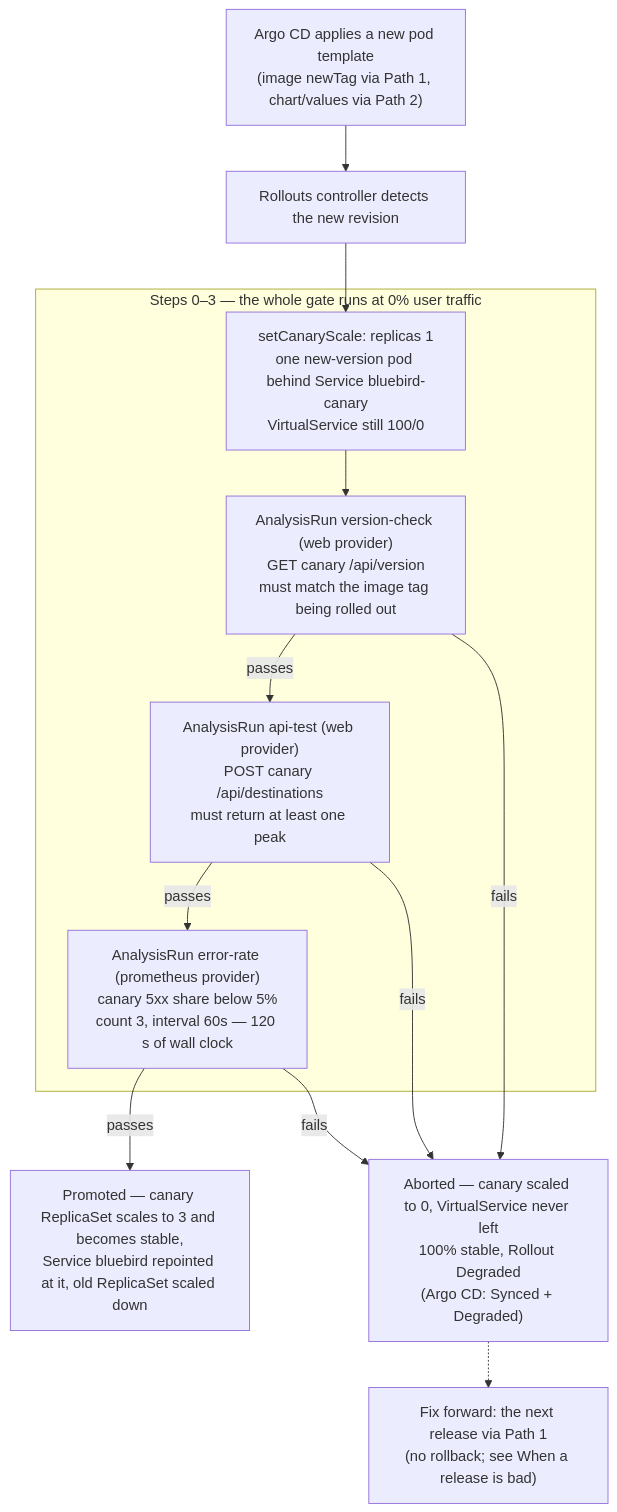
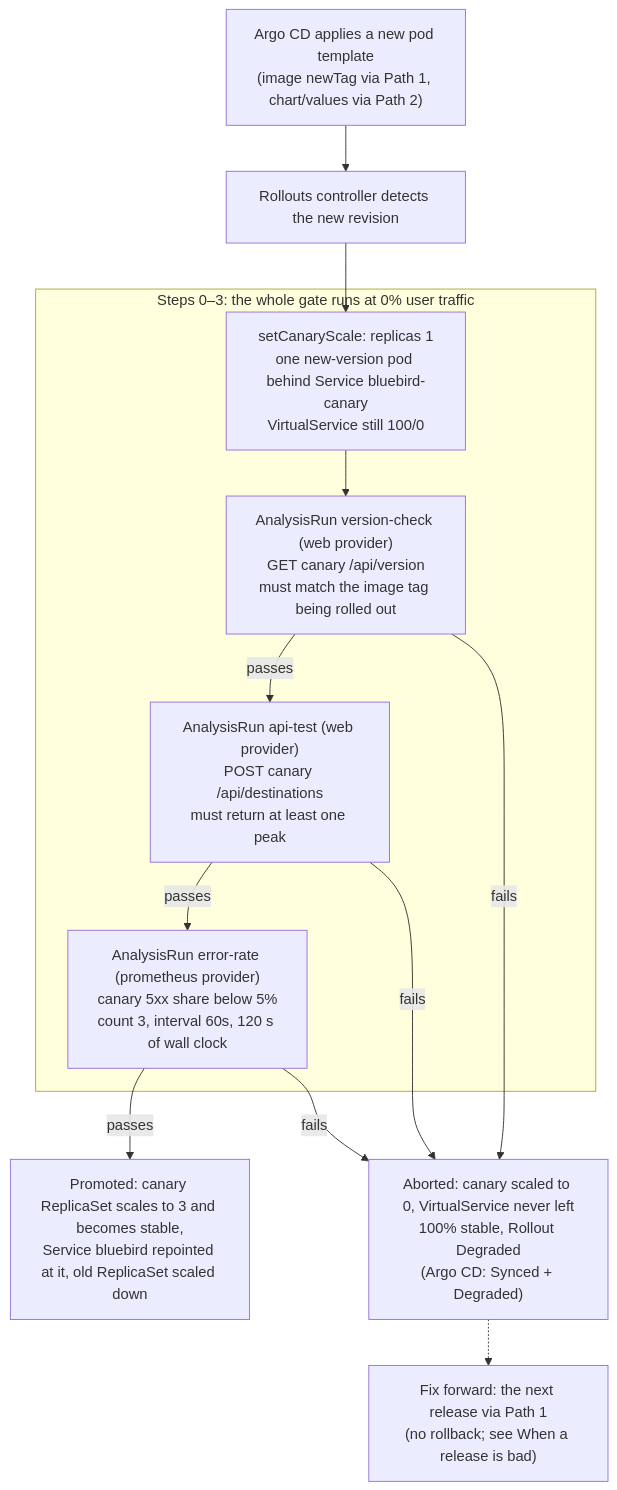
Before and after one commit to zimmertr/bluebird: the third of 6 diagrams in docs/CICD.md, drawn with Mermaid. The commit also changed other lines of this file and 34 other files, not shown here.

````diff
--- a/docs/CICD.md
+++ b/docs/CICD.md
@@ -585,25 +590,25 @@
 ```mermaid
 flowchart TD
     apply["Argo CD applies a new pod template<br/>(image newTag via Path 1, chart/values via Path 2)"]
     detect["Rollouts controller detects the new revision"]
 
-    subgraph GATE["Steps 0–3 — the whole gate runs at 0% user traffic"]
+    subgraph GATE["Steps 0–3: the whole gate runs at 0% user traffic"]
         scale["setCanaryScale: replicas 1<br/>one new-version pod behind Service bluebird-canary<br/>VirtualService still 100/0"]
         vc["AnalysisRun version-check (web provider)<br/>GET canary /api/version<br/>must match the image tag being rolled out"]
         at["AnalysisRun api-test (web provider)<br/>POST canary /api/destinations<br/>must return at least one peak"]
-        er["AnalysisRun error-rate (prometheus provider)<br/>canary 5xx share below 5%<br/>count 3, interval 60s — 120 s of wall clock"]
+        er["AnalysisRun error-rate (prometheus provider)<br/>canary 5xx share below 5%<br/>count 3, interval 60s, 120 s of wall clock"]
     end
 
-    done["Promoted — canary ReplicaSet scales to 3 and becomes stable,<br/>Service bluebird repointed at it, old ReplicaSet scaled down"]
-    abort["Aborted — canary scaled to 0, VirtualService never left<br/>100% stable, Rollout Degraded<br/>(Argo CD: Synced + Degraded)"]
+    done["Promoted: canary ReplicaSet scales to 3 and becomes stable,<br/>Service bluebird repointed at it, old ReplicaSet scaled down"]
+    abort["Aborted: canary scaled to 0, VirtualService never left<br/>100% stable, Rollout Degraded<br/>(Argo CD: Synced + Degraded)"]
     fix["Fix forward: the next release via Path 1<br/>(no rollback; see When a release is bad)"]
 
     apply --> detect --> scale --> vc
     vc -->|"passes"| at
     at -->|"passes"| er
     er -->|"passes"| done
     vc -->|"fails"| abort
     at -->|"fails"| abort
     er -->|"fails"| abort
     abort -.-> fix
 ```
````
